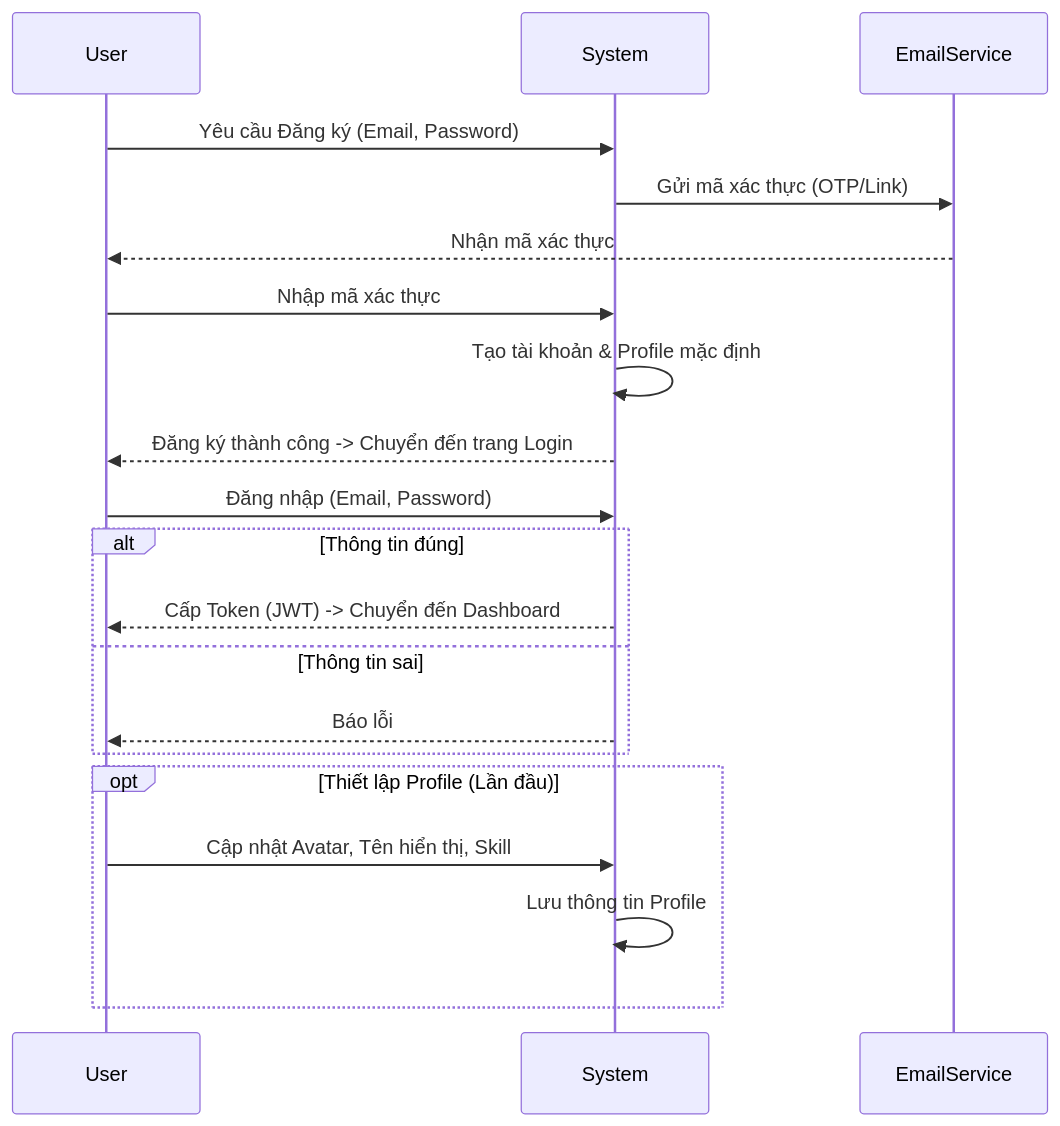
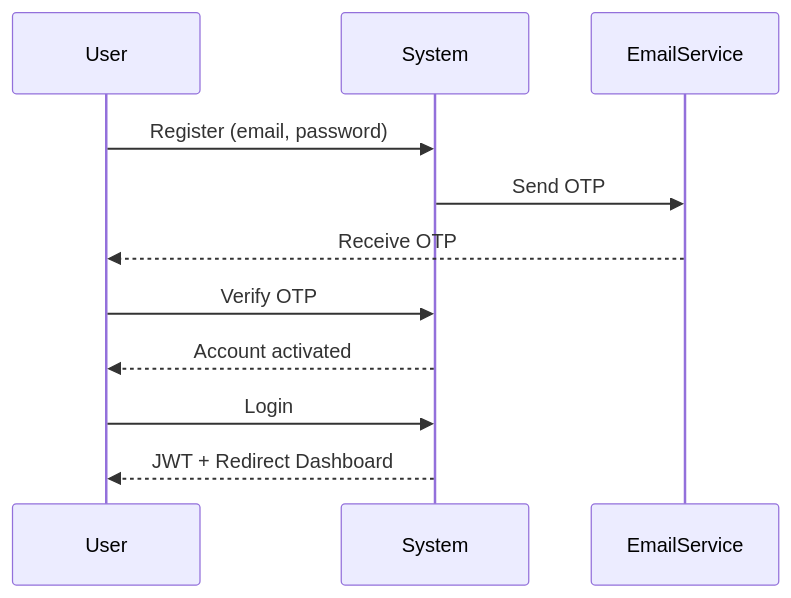
The first of 5 diagrams in Documents/usecase/UserFlows.md (Alro127/TaskSence), drawn with Mermaid before and after one commit. The commit also changed other lines of this file and 6 other files, not shown here.

````diff
--- a/Documents/usecase/UserFlows.md
+++ b/Documents/usecase/UserFlows.md
@@ -25,25 +27,15 @@
 ```mermaid
 sequenceDiagram
     participant User
     participant System
     participant EmailService
 
-    User->>System: Yêu cầu Đăng ký (Email, Password)
-    System->>EmailService: Gửi mã xác thực (OTP/Link)
-    EmailService-->>User: Nhận mã xác thực
-    User->>System: Nhập mã xác thực
-    System->>System: Tạo tài khoản & Profile mặc định
-    System-->>User: Đăng ký thành công -> Chuyển đến trang Login
+    User->>System: Register (email, password)
+    System->>EmailService: Send OTP
+    EmailService-->>User: Receive OTP
+    User->>System: Verify OTP
+    System-->>User: Account activated
 
-    User->>System: Đăng nhập (Email, Password)
-    alt Thông tin đúng
-        System-->>User: Cấp Token (JWT) -> Chuyển đến Dashboard
-    else Thông tin sai
-        System-->>User: Báo lỗi
-    end
-
-    opt Thiết lập Profile (Lần đầu)
-        User->>System: Cập nhật Avatar, Tên hiển thị, Skill
-        System->>System: Lưu thông tin Profile
-    end
+    User->>System: Login
+    System-->>User: JWT + Redirect Dashboard
 ```
````
